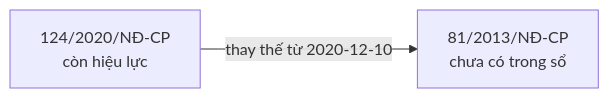
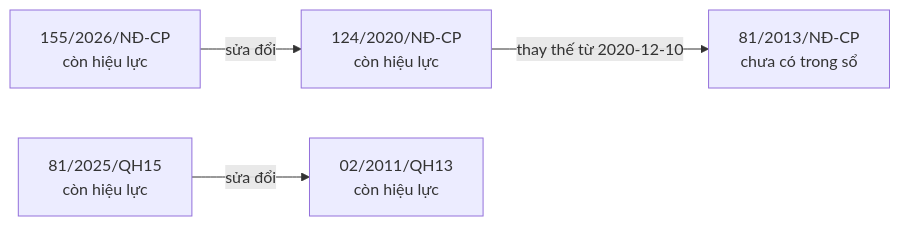
The first of 9 diagrams in bao-cao/quan-he.md (ozvietnam/oz-wiki-plhq), drawn with Mermaid before and after one commit. The commit also changed other lines of this file and 5 other files, not shown here.

````diff
--- a/bao-cao/quan-he.md
+++ b/bao-cao/quan-he.md
@@ -7,6 +7,11 @@
 ```mermaid
 flowchart LR
   n_124_2020_N__CP["124/2020/NĐ-CP<br/>còn hiệu lực"]
   n_81_2013_N__CP["81/2013/NĐ-CP<br/>chưa có trong sổ"]
+  n_155_2026_N__CP["155/2026/NĐ-CP<br/>còn hiệu lực"]
+  n_81_2025_QH15["81/2025/QH15<br/>còn hiệu lực"]
+  n_02_2011_QH13["02/2011/QH13<br/>còn hiệu lực"]
   n_124_2020_N__CP -->|thay thế từ 2020-12-10| n_81_2013_N__CP
+  n_155_2026_N__CP -->|sửa đổi| n_124_2020_N__CP
+  n_81_2025_QH15 -->|sửa đổi| n_02_2011_QH13
 ```
````
